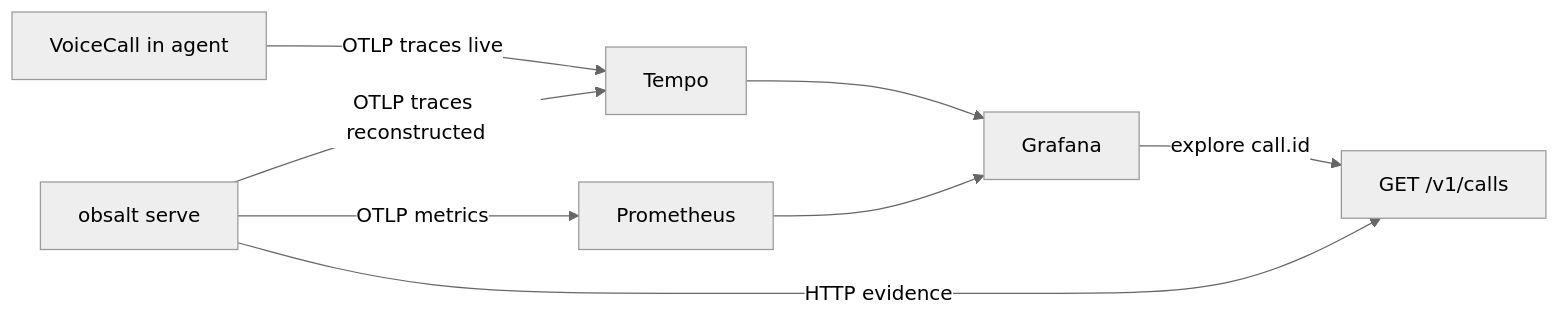
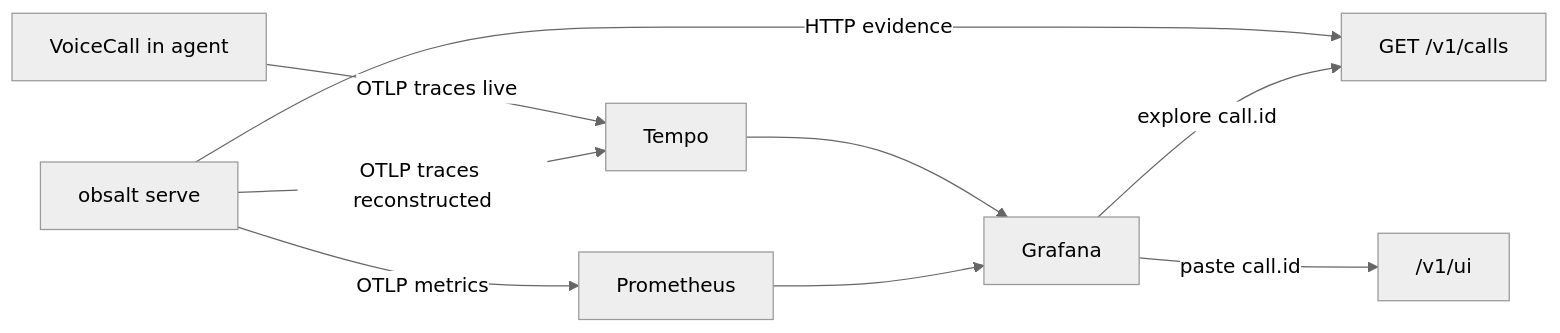
One commit to obsalt/obsalt-legacy changed the diagram in docs/grafana.md. Above: the diagram before and after it, drawn with Mermaid (neutral theme). The commit also changed other lines of this file and 30 other files, not shown here.

````diff
--- a/docs/grafana.md
+++ b/docs/grafana.md
@@ -22,12 +22,13 @@
 ```mermaid
 flowchart LR
   pathB[VoiceCall in agent]
   pathA[obsalt serve]
   pathB -->|"OTLP traces live"| Tempo
   pathA -->|"OTLP traces reconstructed"| Tempo
   pathA -->|"OTLP metrics"| Prom[Prometheus]
   pathA -->|"HTTP evidence"| API["GET /v1/calls"]
   Tempo --> Grafana
   Prom --> Grafana
   Grafana -->|"explore call.id"| API
+  Grafana -->|"paste call.id"| UI["/v1/ui"]
 ```
````
